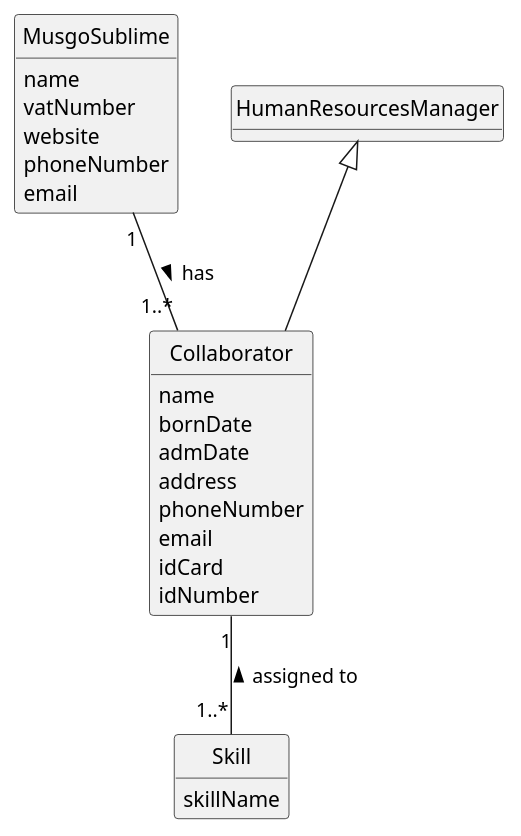
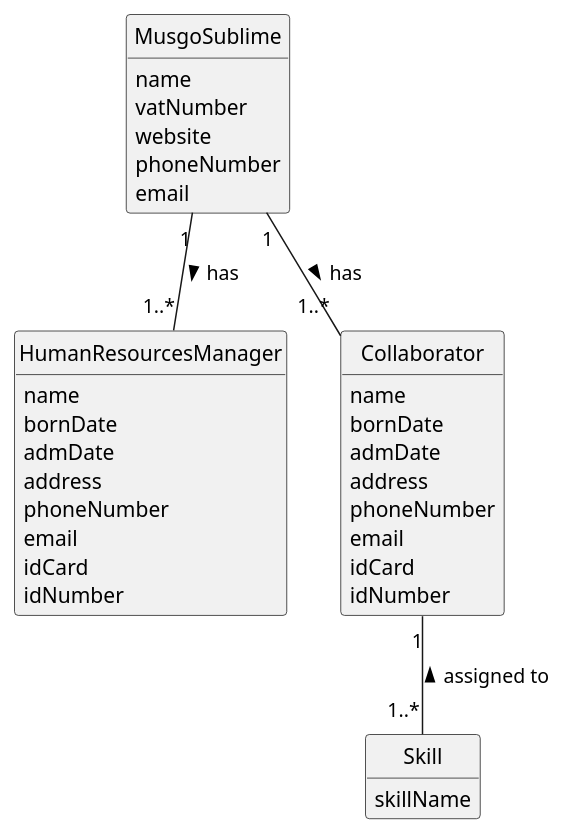
The diagram in docs/sprintA/us004/02.analysis/puml/us004-domain-model.puml (1231360-ISEP/lei-24-s2-1db-g021), drawn with PlantUML before and after one commit. The commit also changed 3 other files, not shown here.

```diff
--- a/docs/sprintA/us004/02.analysis/puml/us004-domain-model.puml
+++ b/docs/sprintA/us004/02.analysis/puml/us004-domain-model.puml
@@ -1,43 +1,51 @@
 @startuml
 skinparam monochrome true
 skinparam packageStyle rectangle
 skinparam shadowing false
 
 'left to right direction
 
 skinparam classAttributeIconSize 0
 
 hide circle
 hide methods
 
 'title Domain Model
 
 class MusgoSublime {
     name
     vatNumber
     website
     phoneNumber
     email
 }
 
 class HumanResourcesManager {
+    name
+    bornDate
+    admDate
+    address
+    phoneNumber
+    email
+    idCard
+    idNumber
 }
 
 class Collaborator {
     name
     bornDate
     admDate
     address
     phoneNumber
     email
     idCard
     idNumber
 }
 
 class Skill {
     skillName
 }
 MusgoSublime "1" -- "1..*" Collaborator : has >
-HumanResourcesManager  <|-- Collaborator
+MusgoSublime "1" -- "1..*" HumanResourcesManager : has >
 Collaborator "1" -- "1..*" Skill : assigned to <
 @enduml
```
